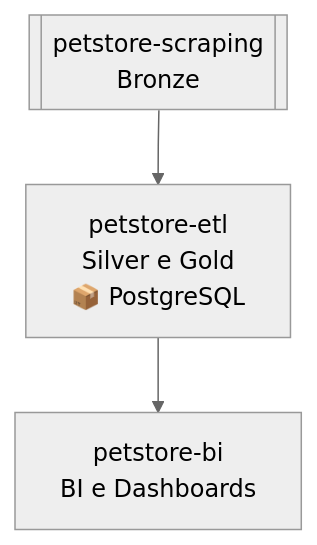
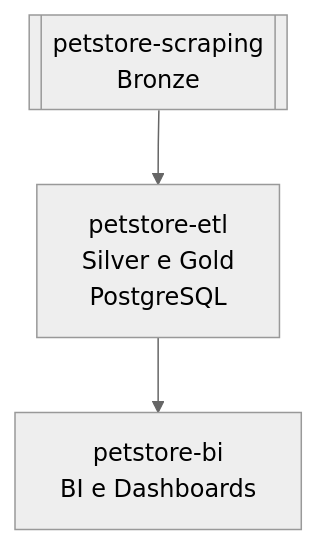
One commit to rafa-trindade/petstore-scraping changed the diagram in README.MD. Above: the diagram before and after it, drawn with Mermaid (neutral theme).

````diff
--- a/README.MD
+++ b/README.MD
@@ -32,5 +32,5 @@
 ```mermaid
 graph TD
-    A[[petstore-scraping<br>Bronze]] --> B[petstore-etl<br>Silver e Gold<br>📦 PostgreSQL]
+    A[[petstore-scraping<br>Bronze]] --> B[petstore-etl<br>Silver e Gold<br>PostgreSQL]
     B --> C[petstore-bi<br>BI e Dashboards]
 ```
````
